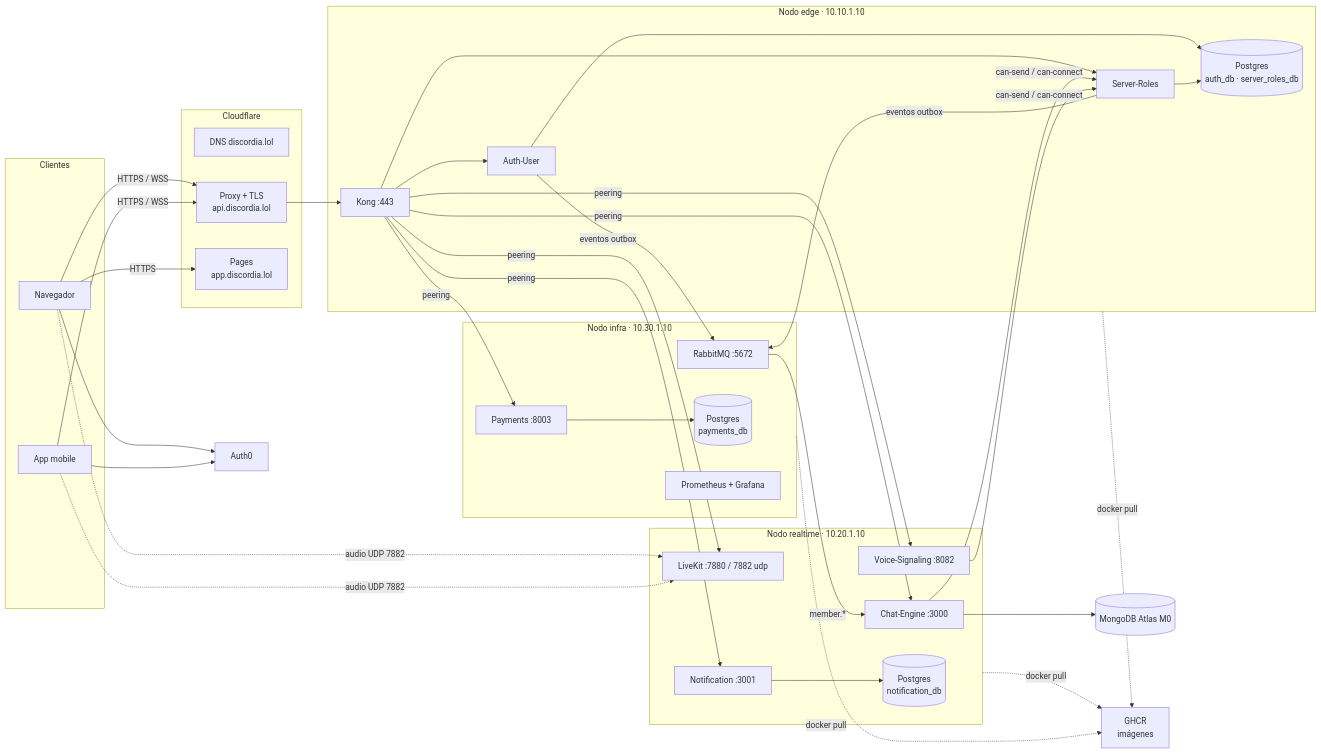
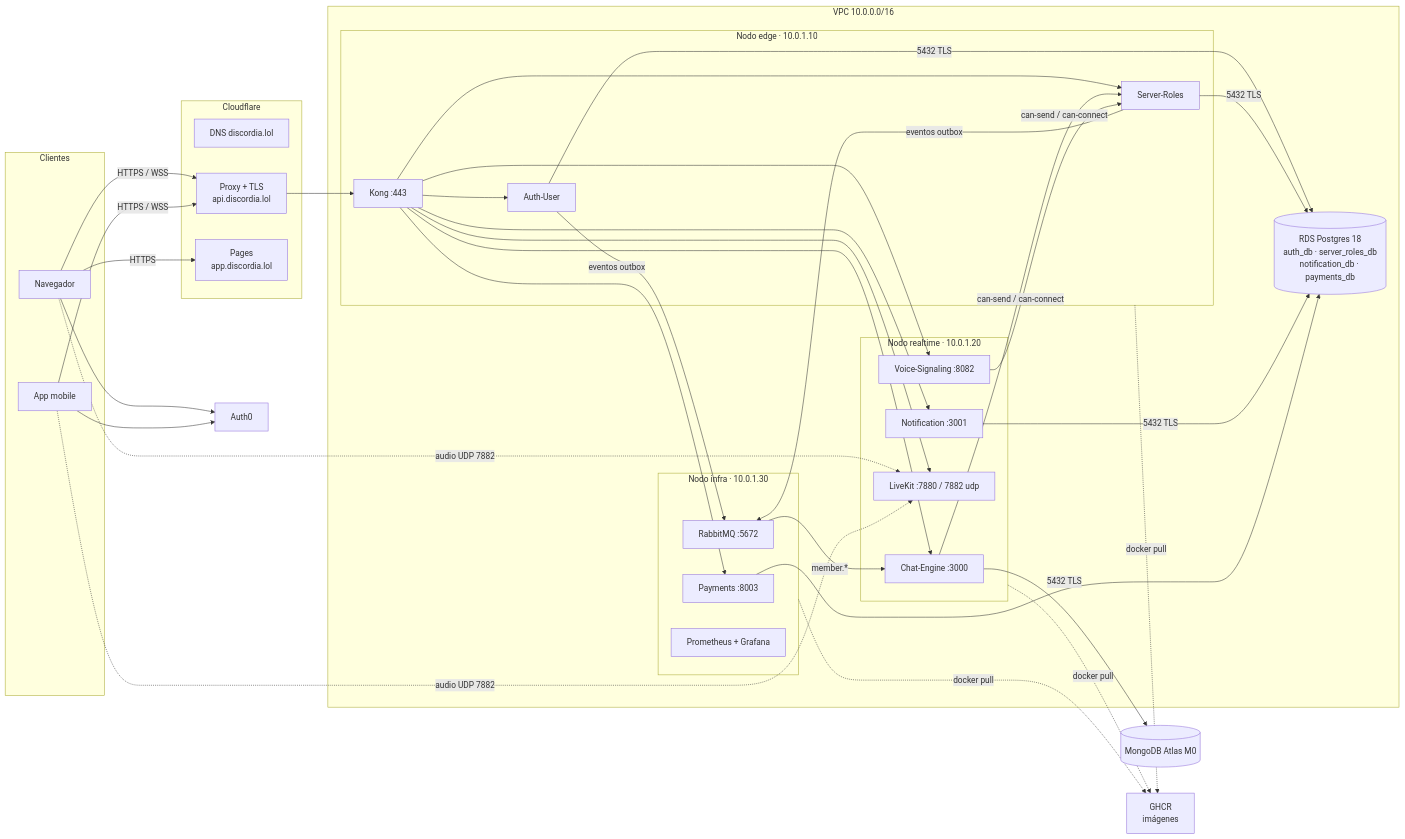
Before and after one commit to discordia-g12/discordia-orchestrator: the first of 6 diagrams in docs/ARQUITECTURA.md, drawn with Mermaid. The commit also changed other lines of this file and 2 other files, not shown here.

````diff
--- a/docs/ARQUITECTURA.md
+++ b/docs/ARQUITECTURA.md
@@ -48,55 +49,54 @@
 ```mermaid
 flowchart LR
     subgraph Clientes
         WEB[Navegador]
         APK[App mobile]
     end
 
     subgraph CF[Cloudflare]
         DNS[DNS discordia.lol]
         PROXY[Proxy + TLS<br/>api.discordia.lol]
         PAGES[Pages<br/>app.discordia.lol]
     end
 
-    subgraph EDGE[Nodo edge · 10.10.1.10]
-        KONG[Kong :443]
-        AUTH[Auth-User]
-        SR[Server-Roles]
-        EDB[(Postgres<br/>auth_db · server_roles_db)]
-    end
+    subgraph VPC[VPC 10.0.0.0/16]
+        subgraph EDGE[Nodo edge · 10.0.1.10]
+            KONG[Kong :443]
+            AUTH[Auth-User]
+            SR[Server-Roles]
+        end
 
-    subgraph RT[Nodo realtime · 10.20.1.10]
-        CHAT[Chat-Engine :3000]
-        VOICE[Voice-Signaling :8082]
-        LK[LiveKit :7880 / 7882 udp]
-        NOTIF[Notification :3001]
-        RDB[(Postgres<br/>notification_db)]
-    end
+        subgraph RT[Nodo realtime · 10.0.1.20]
+            CHAT[Chat-Engine :3000]
+            VOICE[Voice-Signaling :8082]
+            LK[LiveKit :7880 / 7882 udp]
+            NOTIF[Notification :3001]
+        end
 
-    subgraph INF[Nodo infra · 10.30.1.10]
-        RMQ[RabbitMQ :5672]
-        PAY[Payments :8003]
-        IDB[(Postgres<br/>payments_db)]
-        PROM[Prometheus + Grafana]
+        subgraph INF[Nodo infra · 10.0.1.30]
+            RMQ[RabbitMQ :5672]
+            PAY[Payments :8003]
+            PROM[Prometheus + Grafana]
+        end
+
+        RDS[(RDS Postgres 18<br/>auth_db · server_roles_db<br/>notification_db · payments_db)]
     end
 
     ATLAS[(MongoDB Atlas M0)]
     AUTH0[Auth0]
     GHCR[GHCR<br/>imágenes]
 
     WEB -->|HTTPS| PAGES
     WEB & APK -->|HTTPS / WSS| PROXY --> KONG
     WEB & APK -.->|audio UDP 7882| LK
     KONG --> AUTH & SR
-    KONG -->|peering| CHAT & VOICE & NOTIF & LK
-    KONG -->|peering| PAY
-    AUTH & SR --> EDB
+    KONG --> CHAT & VOICE & NOTIF & LK
+    KONG --> PAY
+    AUTH & SR & NOTIF & PAY -->|5432 TLS| RDS
     CHAT --> ATLAS
-    NOTIF --> RDB
-    PAY --> IDB
     AUTH & SR -->|eventos outbox| RMQ
     RMQ -->|member.*| CHAT
     CHAT & VOICE -->|can-send / can-connect| SR
     WEB & APK --> AUTH0
     EDGE & RT & INF -.->|docker pull| GHCR
 ```
````
